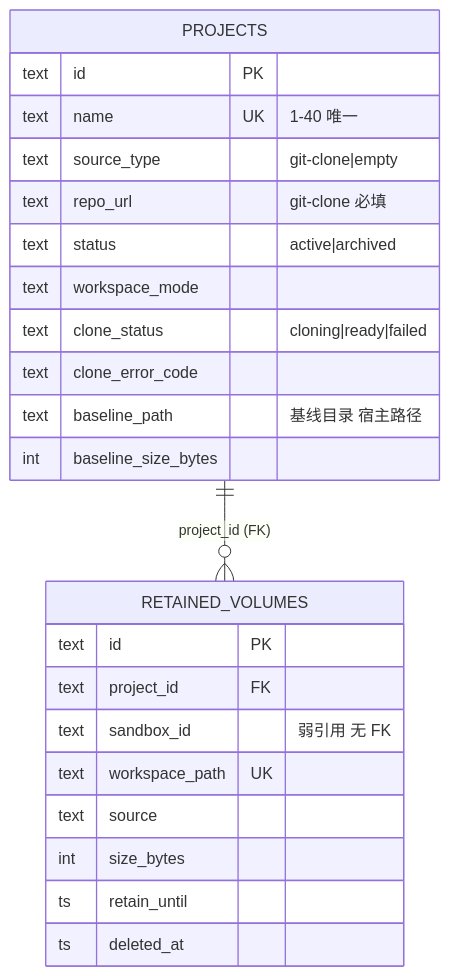
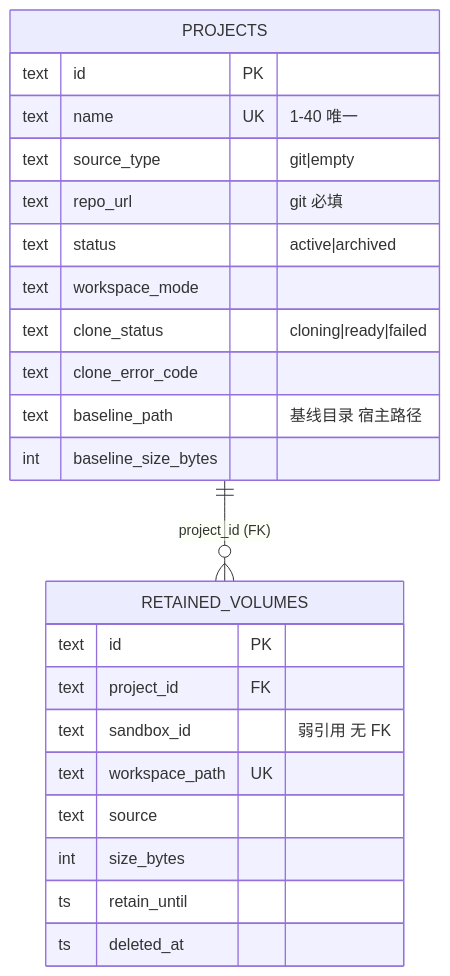
One commit to Xeonice/cloud-agent-platform-docs changed the second of 9 diagrams in docs/backend/13-后端数据库设计.md. Above: the diagram before and after it, drawn with Mermaid. The commit also changed other lines of this file and 5 other files, not shown here.

First line of the commit message:
docs: sourceType 枚举统一为 git（去 git-clone 实现味） (#5)

````diff
--- a/docs/backend/13-后端数据库设计.md
+++ b/docs/backend/13-后端数据库设计.md
@@ -254,26 +254,26 @@
 ```mermaid
 erDiagram
     PROJECTS ||--o{ RETAINED_VOLUMES : "project_id (FK)"
     PROJECTS {
         text id PK
         text name UK "1-40 唯一"
-        text source_type "git-clone|empty"
-        text repo_url "git-clone 必填"
+        text source_type "git|empty"
+        text repo_url "git 必填"
         text status "active|archived"
         text workspace_mode
         text clone_status "cloning|ready|failed"
         text clone_error_code
         text baseline_path "基线目录 宿主路径"
         int baseline_size_bytes
     }
     RETAINED_VOLUMES {
         text id PK
         text project_id FK
         text sandbox_id "弱引用 无 FK"
         text workspace_path UK
         text source
         int size_bytes
         ts retain_until
         ts deleted_at
     }
 ```
````
